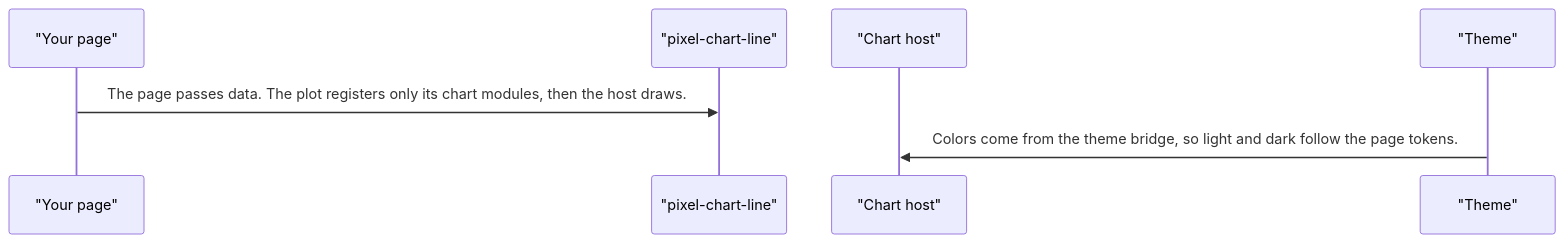
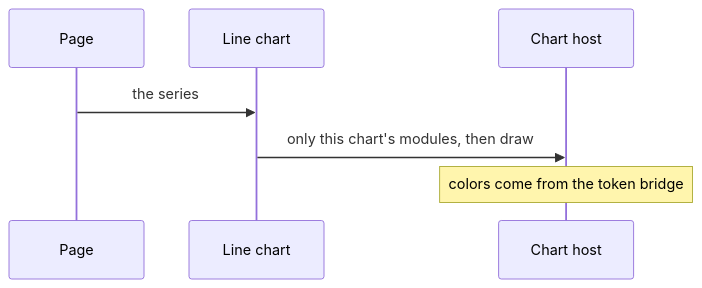
The second of 5 diagrams in projects/pixel-ui/src/lib/pixel-chart-line/DESIGN.md (RajshekharBorate/pixel-ui), drawn with Mermaid before and after one commit. The commit also changed other lines of this file and 73 other files, not shown here.

Commit message:
Explain who owns each value and what each flow does in every component and service design.

````diff
--- a/projects/pixel-ui/src/lib/pixel-chart-line/DESIGN.md
+++ b/projects/pixel-ui/src/lib/pixel-chart-line/DESIGN.md
@@ -59,9 +76,9 @@
 ```mermaid
 sequenceDiagram
-  participant page as "Your page"
-  participant plot as "pixel-chart-line"
-  participant host as "Chart host"
-  participant theme as "Theme"
-  page->>plot: The page passes data. The plot registers only its chart modules, then the host draws.
-  theme->>host: Colors come from the theme bridge, so light and dark follow the page tokens.
+  participant Page
+  participant Plot as Line chart
+  participant Host as Chart host
+  Page->>Plot: the series
+  Plot->>Host: only this chart's modules, then draw
+  Note over Host: colors come from the token bridge
 ```
````
